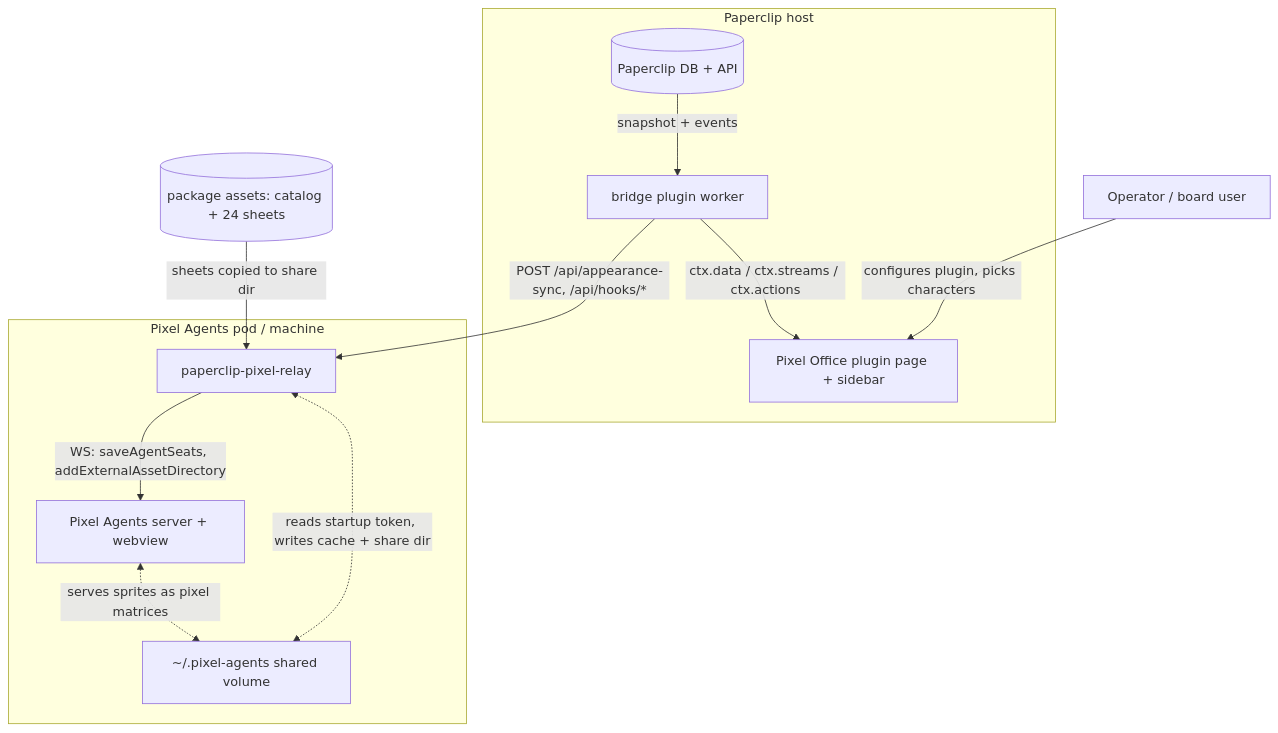
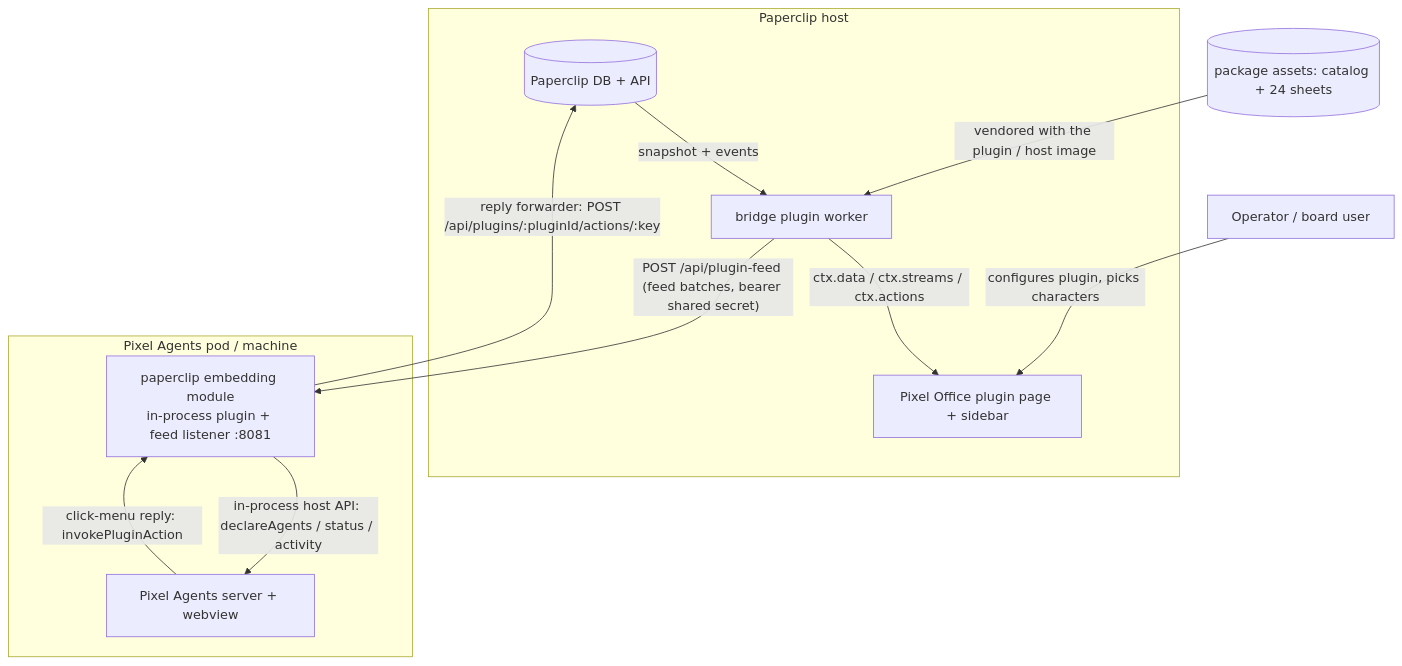
One commit to decaf-ts/paperclip-pixels changed the first of 3 diagrams in workdocs/ai/architecture-handbook.md. Above: the diagram before and after it, drawn with Mermaid. The commit also changed other lines of this file and 56 other files, not shown here.

Commit message:
PAPERCLIP_PIXELS-2: run the paperclip bridge as a first-class plugin with authenticated feed and embedding loader; retire impersonation hacks

````diff
--- a/workdocs/ai/architecture-handbook.md
+++ b/workdocs/ai/architecture-handbook.md
@@ -101,24 +108,23 @@
 ```mermaid
 graph TD
     subgraph Paperclip host
         PC[(Paperclip DB + API)]
         WK[bridge plugin worker]
         UI[Pixel Office plugin page + sidebar]
     end
     subgraph Pixel Agents pod / machine
         PA[Pixel Agents server + webview]
-        RL[paperclip-pixel-relay]
-        VOL[~/.pixel-agents shared volume]
+        EMB[paperclip embedding module<br/>in-process plugin + feed listener :8081]
     end
     OP[Operator / board user]
     ASSETS[(package assets: catalog + 24 sheets)]
 
     OP -->|configures plugin, picks characters| UI
     PC -->|snapshot + events| WK
     WK -->|ctx.data / ctx.streams / ctx.actions| UI
-    WK -->|"POST /api/appearance-sync, /api/hooks/*"| RL
-    RL -->|"WS: saveAgentSeats, addExternalAssetDirectory"| PA
-    RL <-.->|reads startup token, writes cache + share dir| VOL
-    PA <-.->|serves sprites as pixel matrices| VOL
-    ASSETS -->|sheets copied to share dir| RL
+    WK -->|"POST /api/plugin-feed (feed batches, bearer shared secret)"| EMB
+    EMB -->|"in-process host API: declareAgents / status / activity"| PA
+    PA -->|"click-menu reply: invokePluginAction"| EMB
+    EMB -->|"reply forwarder: POST /api/plugins/:pluginId/actions/:key"| PC
+    ASSETS -->|"vendored with the plugin / host image"| WK
 ```
````
